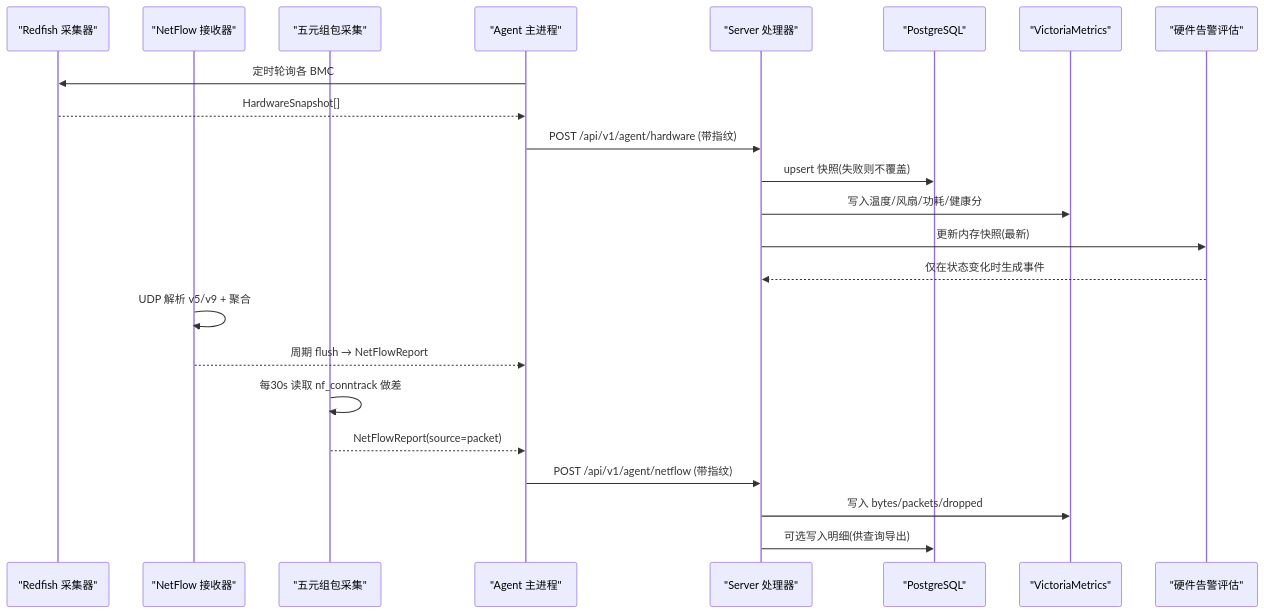
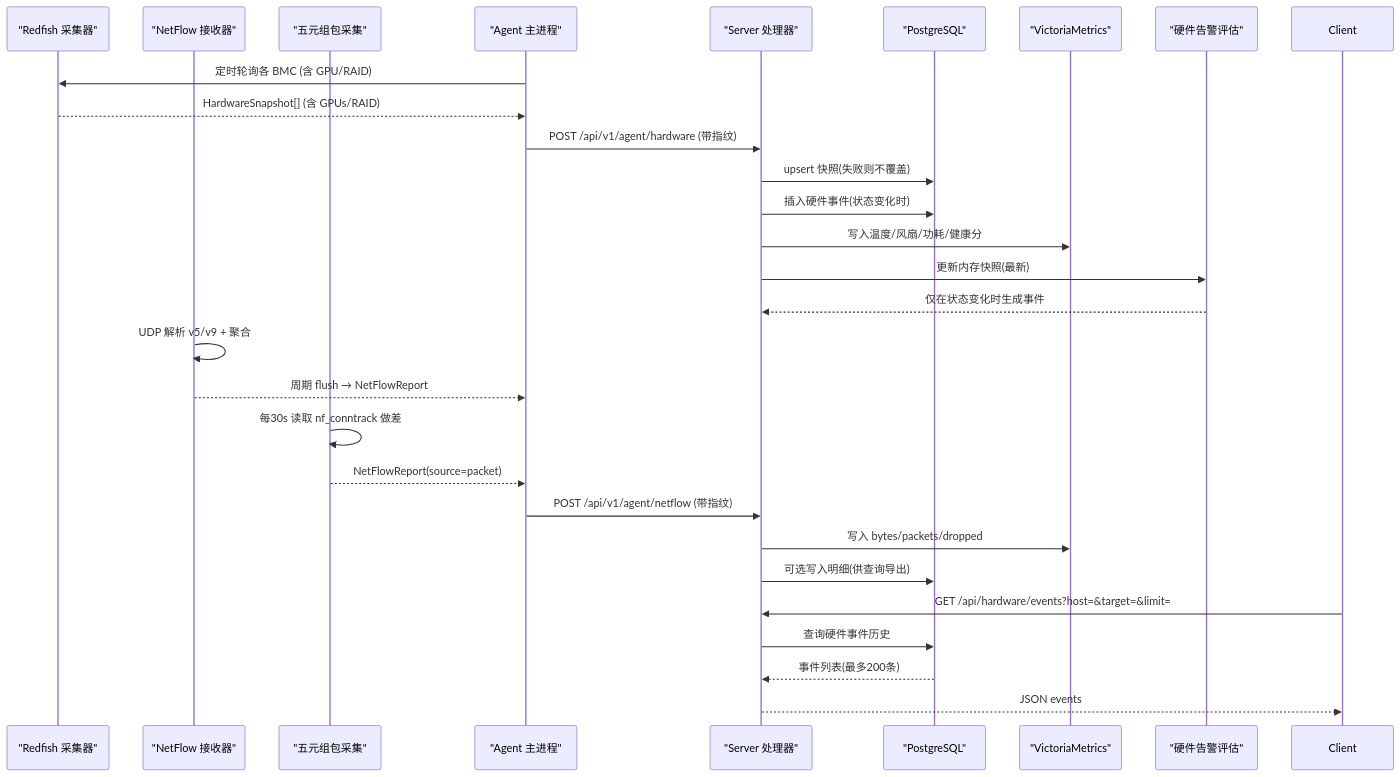
Before and after one commit to sreyun/aiops-monitor: the second of 8 diagrams in .qoder/repowiki/zh/content/核心功能/告警系统/硬件告警引擎.md, drawn with Mermaid. The commit also changed other lines of this file and 38 other files, not shown here.

````diff
--- a/.qoder/repowiki/zh/content/核心功能/告警系统/硬件告警引擎.md
+++ b/.qoder/repowiki/zh/content/核心功能/告警系统/硬件告警引擎.md
@@ -106,25 +129,30 @@
 ```mermaid
 sequenceDiagram
 participant RF as "Redfish 采集器"
 participant NF as "NetFlow 接收器"
 participant PKT as "五元组包采集"
 participant AG as "Agent 主进程"
 participant SRV as "Server 处理器"
 participant PG as "PostgreSQL"
 participant VM as "VictoriaMetrics"
 participant HW as "硬件告警评估"
-AG->>RF : 定时轮询各 BMC
-RF-->>AG : HardwareSnapshot[]
+AG->>RF : 定时轮询各 BMC (含 GPU/RAID)
+RF-->>AG : HardwareSnapshot[] (含 GPUs/RAID)
 AG->>SRV : POST /api/v1/agent/hardware (带指纹)
 SRV->>PG : upsert 快照(失败则不覆盖)
+SRV->>PG : 插入硬件事件(状态变化时)
 SRV->>VM : 写入温度/风扇/功耗/健康分
 SRV->>HW : 更新内存快照(最新)
 HW-->>SRV : 仅在状态变化时生成事件
 NF->>NF : UDP 解析 v5/v9 + 聚合
 NF-->>AG : 周期 flush → NetFlowReport
 PKT->>PKT : 每30s 读取 nf_conntrack 做差
 PKT-->>AG : NetFlowReport(source=packet)
 AG->>SRV : POST /api/v1/agent/netflow (带指纹)
 SRV->>VM : 写入 bytes/packets/dropped
 SRV->>PG : 可选写入明细(供查询导出)
+Client->>SRV : GET /api/hardware/events?host=&target=&limit=
+SRV->>PG : 查询硬件事件历史
+PG-->>SRV : 事件列表(最多200条)
+SRV-->>Client : JSON events
 ```
````
